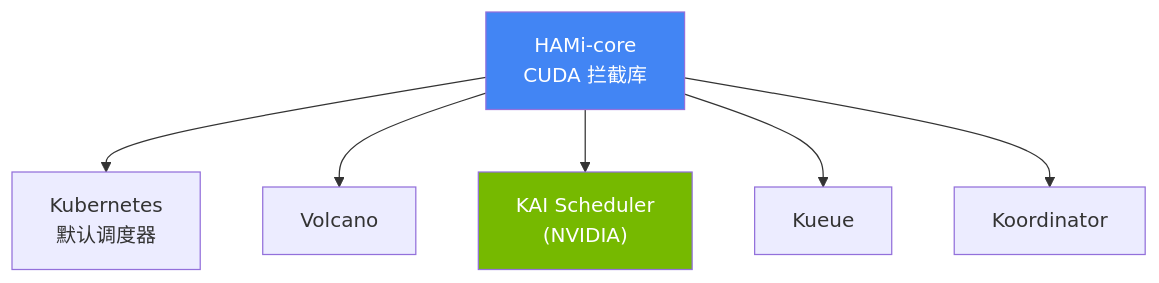
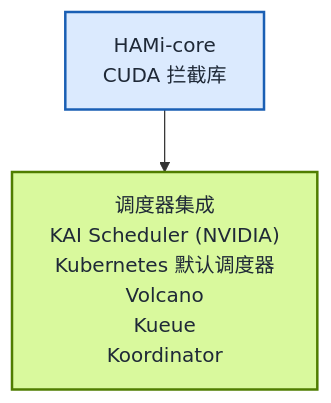
Before and after one commit to Project-HAMi/website: the third of 3 diagrams in i18n/zh/docusaurus-plugin-content-blog/hami-core-adopted-by-nvidia-kai-scheduler/index.md, drawn with Mermaid. The commit also changed other lines of this file and 1 other file, not shown here.

Commit message:
fix: update mermaid diagrams for clarity and consistency in KAI Scheduler integration

````diff
--- a/i18n/zh/docusaurus-plugin-content-blog/hami-core-adopted-by-nvidia-kai-scheduler/index.md
+++ b/i18n/zh/docusaurus-plugin-content-blog/hami-core-adopted-by-nvidia-kai-scheduler/index.md
@@ -203,14 +190,11 @@
 ```mermaid
 %% title: HAMi-core 调度器生态
 graph TD
     HAMI["HAMi-core<br/>CUDA 拦截库"]
+    SCHEDULERS["调度器集成<br/>KAI Scheduler (NVIDIA)<br/>Kubernetes 默认调度器<br/>Volcano<br/>Kueue<br/>Koordinator"]
 
-    HAMI --> K8S["Kubernetes<br/>默认调度器"]
-    HAMI --> VOLCANO[Volcano]
-    HAMI --> KAI["KAI Scheduler<br/>(NVIDIA)"]
-    HAMI --> Kueue
-    HAMI --> Koordinator
+    HAMI --> SCHEDULERS
 
-    style HAMI fill:#4285f4,color:#fff
-    style KAI fill:#76b900,color:#fff
+    style HAMI fill:#dbeafe,stroke:#1a5fb4,stroke-width:2px,color:#1f2937
+    style SCHEDULERS fill:#d9f99d,stroke:#4f7d00,stroke-width:2px,color:#1f2937
 ```
````
